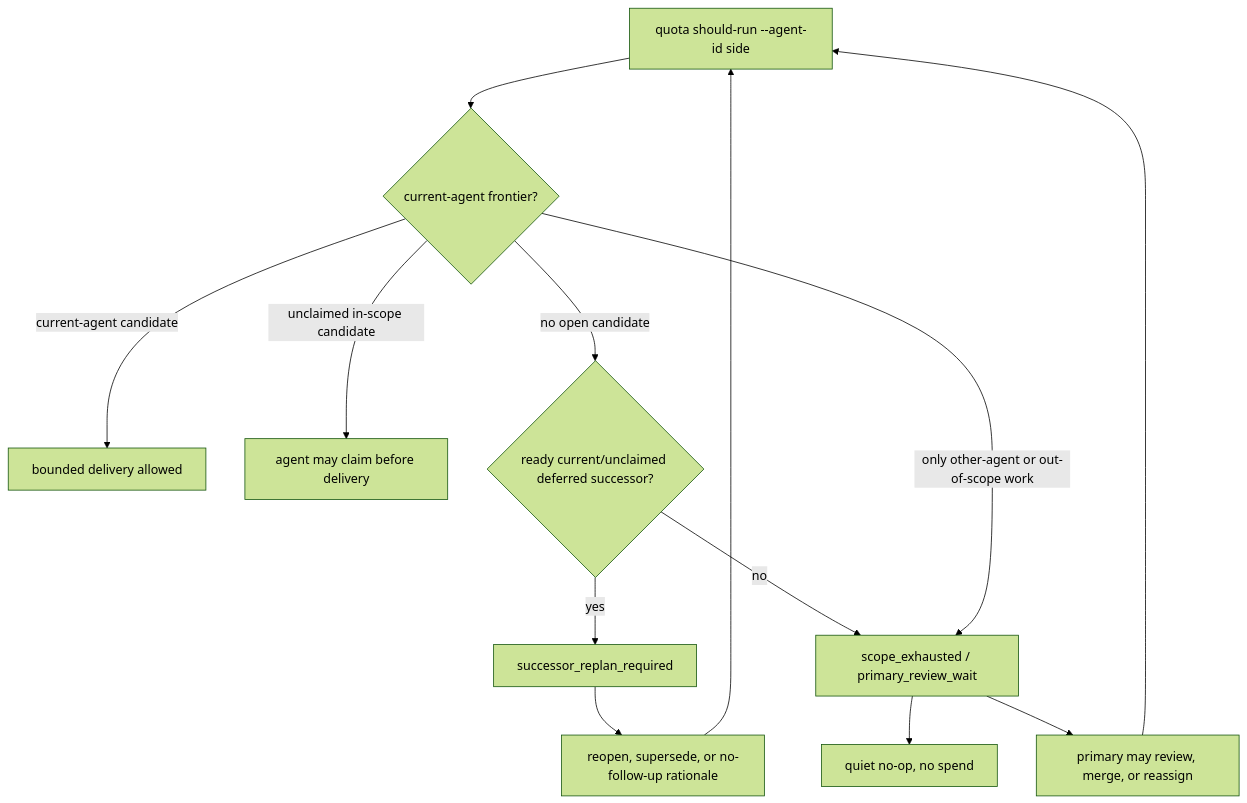
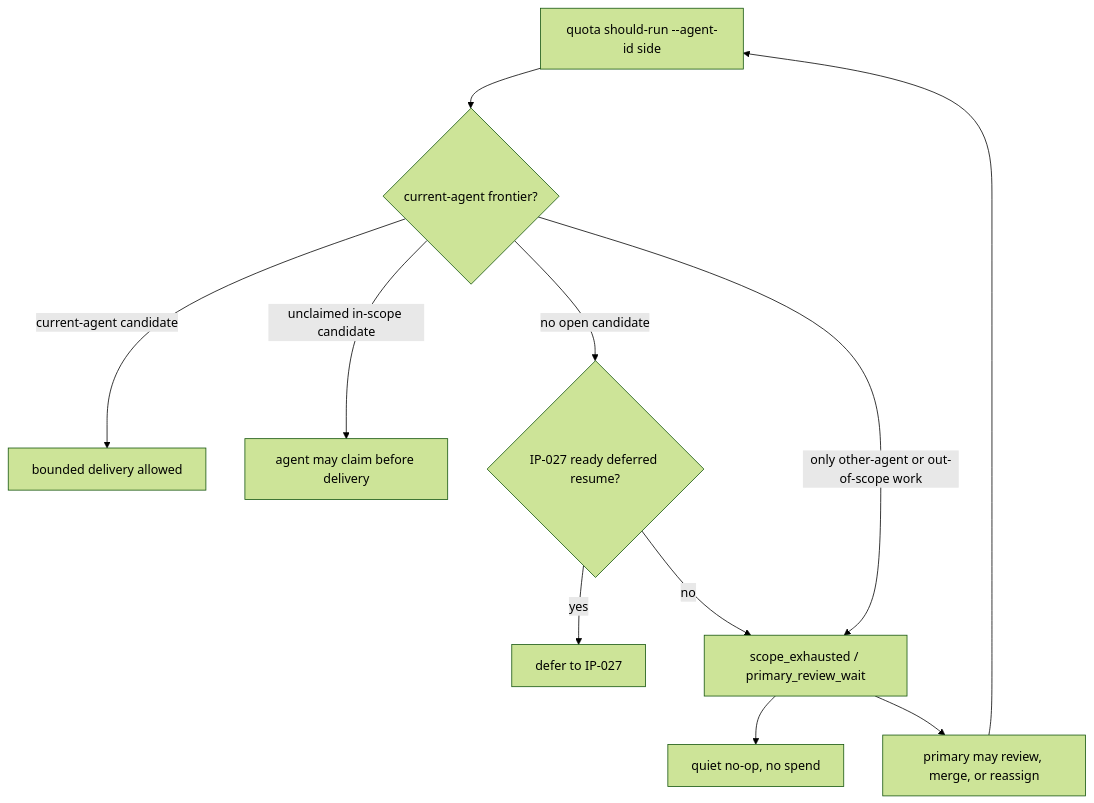
One commit to huangruiteng/goal-harness changed diagram 21 of 29 in docs/interaction-pattern-catalog.md. Above: the diagram before and after it, drawn with Mermaid (forest theme). The commit also changed other lines of this file and 6 other files, not shown here.

Commit message:
Classify deferred resume as gate pattern

````diff
--- a/docs/interaction-pattern-catalog.md
+++ b/docs/interaction-pattern-catalog.md
@@ -1373,15 +1424,13 @@
 ```mermaid
 flowchart TD
   Q["quota should-run --agent-id side"] --> F{"current-agent frontier?"}
   F -->|"current-agent candidate"| D["bounded delivery allowed"]
   F -->|"unclaimed in-scope candidate"| C["agent may claim before delivery"]
-  F -->|"no open candidate"| R{"ready current/unclaimed deferred successor?"}
-  R -->|"yes"| P["successor_replan_required"]
-  P --> U["reopen, supersede, or no-follow-up rationale"]
-  U --> Q
+  F -->|"no open candidate"| R{"IP-027 ready deferred resume?"}
+  R -->|"yes"| P["defer to IP-027"]
   R -->|"no"| X["scope_exhausted / primary_review_wait"]
   F -->|"only other-agent or out-of-scope work"| X
   X --> N["quiet no-op, no spend"]
   X --> H["primary may review, merge, or reassign"]
   H --> Q
 ```
````
